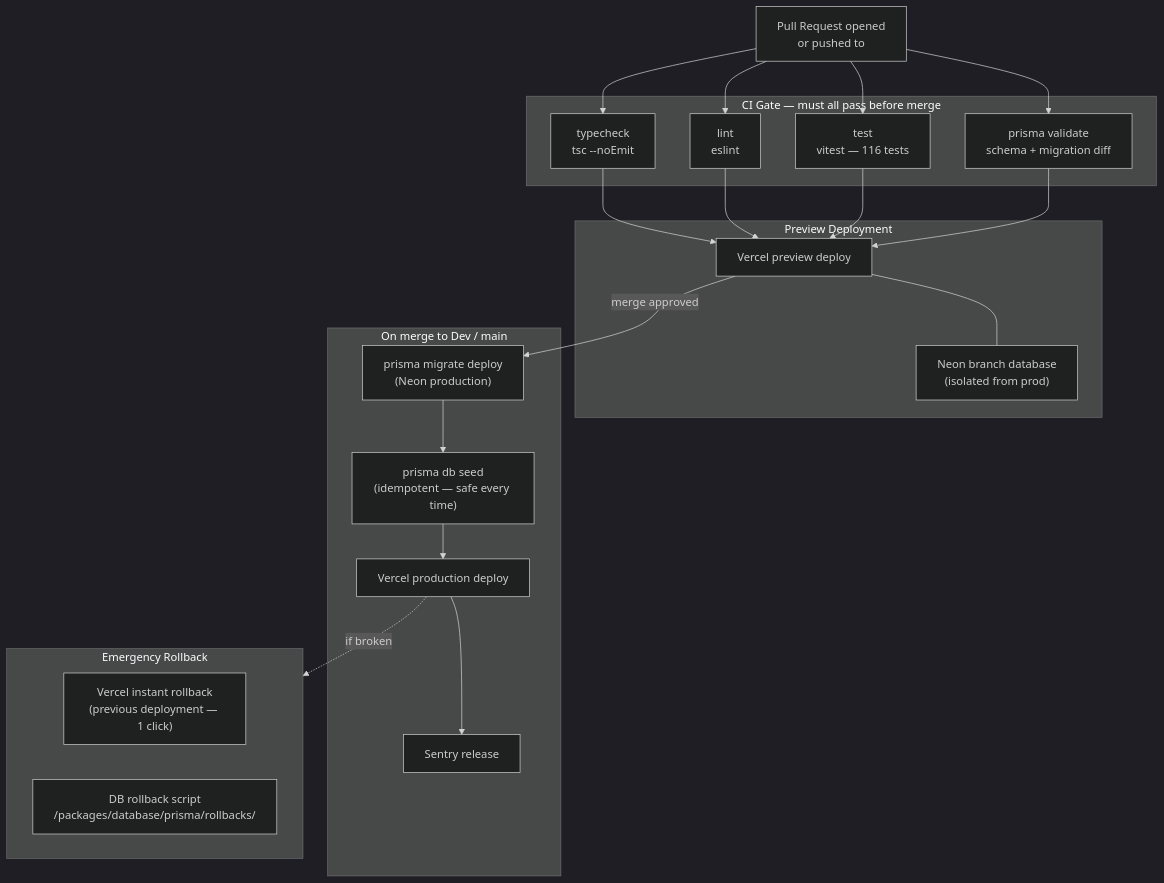
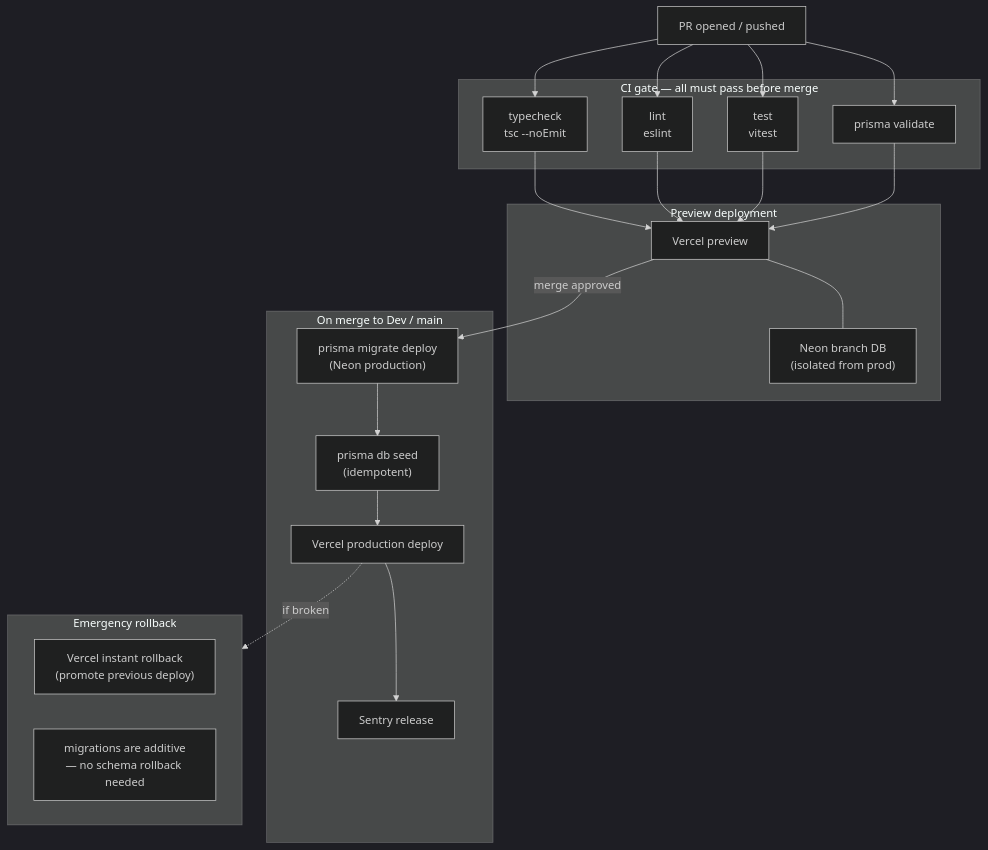
The first of 2 diagrams in docs/constitutions/infra.md (KSDRILL-SA/Xkimi-Xa-Mali), drawn with Mermaid (dark theme) before and after one commit. The commit also changed other lines of this file and 10 other files, not shown here.

````diff
--- a/docs/constitutions/infra.md
+++ b/docs/constitutions/infra.md
@@ -49,35 +49,35 @@
 ```mermaid
 flowchart TD
-    PR["Pull Request opened\nor pushed to"]
+    PR["PR opened / pushed"]
 
-    subgraph CI["CI Gate — must all pass before merge"]
-        TC["typecheck\ntsc --noEmit"]
-        LT["lint\neslint"]
-        TS["test\nvitest — 116 tests"]
-        PV["prisma validate\nschema + migration diff"]
+    subgraph CI["CI gate — all must pass before merge"]
+        TC["typecheck<br/>tsc --noEmit"]
+        LT["lint<br/>eslint"]
+        TS["test<br/>vitest"]
+        PV["prisma validate"]
     end
 
-    subgraph PREVIEW["Preview Deployment"]
-        VPD["Vercel preview deploy"]
-        NBD["Neon branch database\n(isolated from prod)"]
+    subgraph PREVIEW["Preview deployment"]
+        VPD["Vercel preview"]
+        NBD["Neon branch DB<br/>(isolated from prod)"]
         VPD --- NBD
     end
 
     subgraph MERGE["On merge to Dev / main"]
-        PMD["prisma migrate deploy\n(Neon production)"]
-        PSD["prisma db seed\n(idempotent — safe every time)"]
+        PMD["prisma migrate deploy<br/>(Neon production)"]
+        PSD["prisma db seed<br/>(idempotent)"]
         VPR["Vercel production deploy"]
         SR["Sentry release"]
     end
 
-    subgraph ROLLBACK["Emergency Rollback"]
-        VR["Vercel instant rollback\n(previous deployment — 1 click)"]
-        DR["DB rollback script\n/packages/database/prisma/rollbacks/"]
+    subgraph ROLLBACK["Emergency rollback"]
+        VR["Vercel instant rollback<br/>(promote previous deploy)"]
+        DR["migrations are additive<br/>— no schema rollback needed"]
     end
 
     PR --> TC & LT & TS & PV
     TC & LT & TS & PV --> VPD
     VPD -->|"merge approved"| PMD
     PMD --> PSD --> VPR --> SR
     VPR -.->|"if broken"| ROLLBACK
 ```
````
